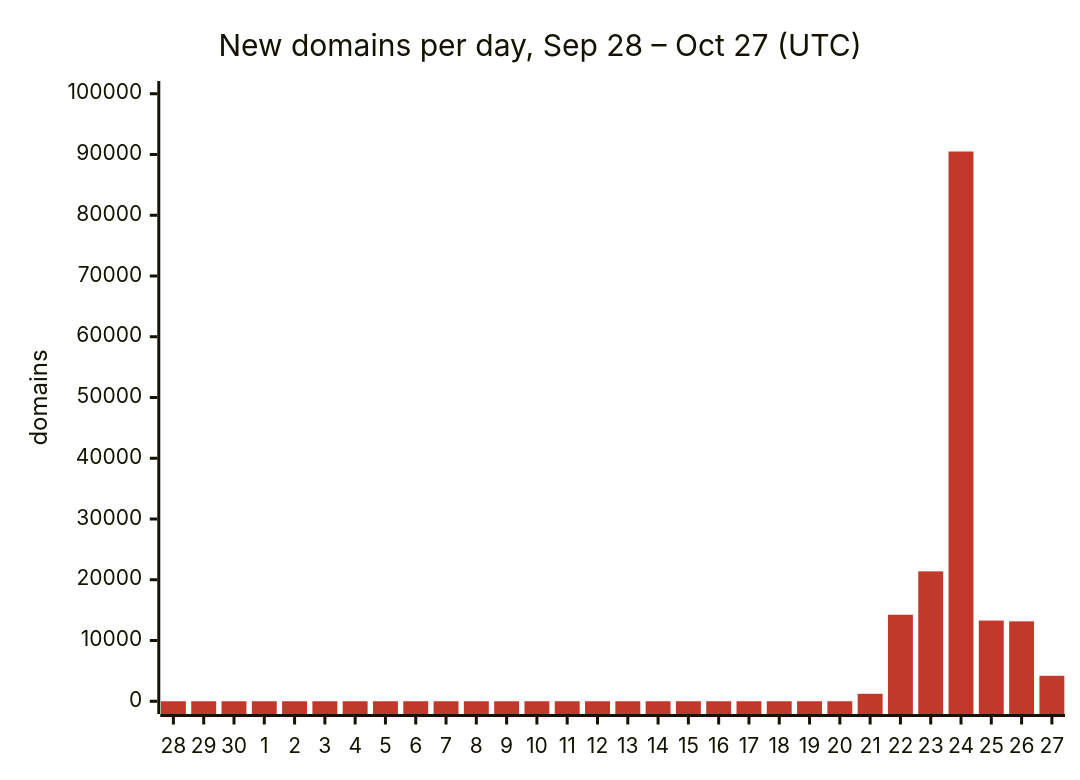
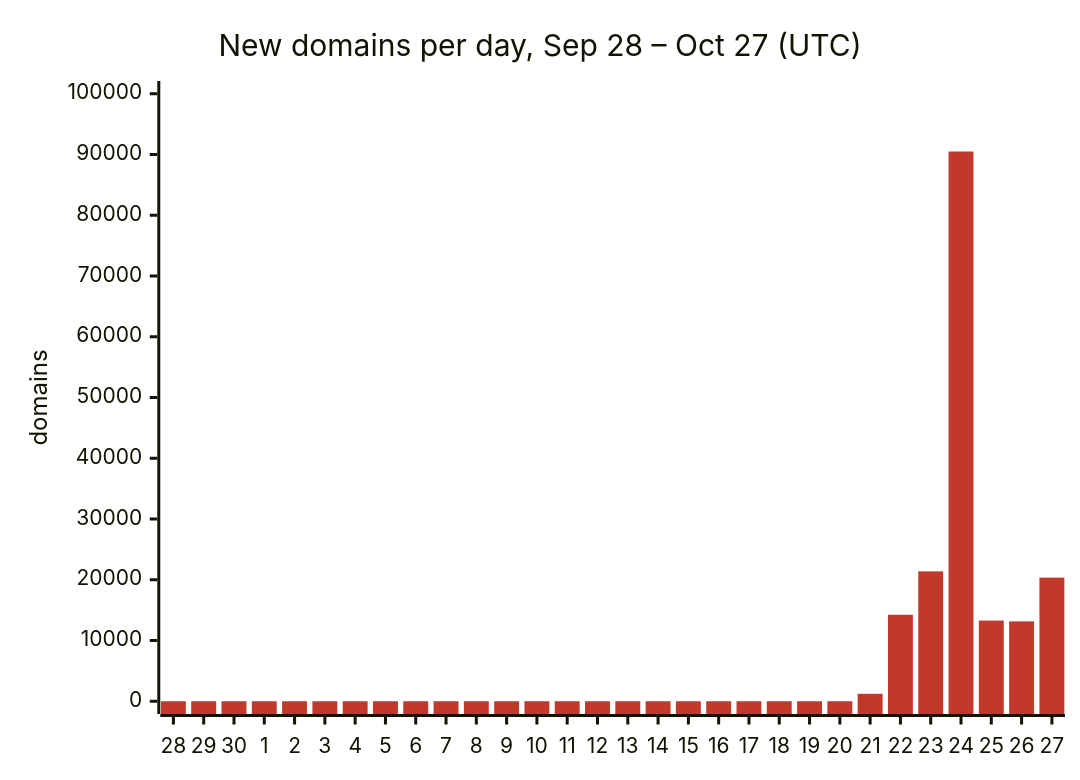
One commit to DNSBunker/CTI changed the first of 3 diagrams in README.md. Above: the diagram before and after it, drawn with Mermaid. The commit also changed other lines of this file and 3 other files, not shown here.

````diff
--- a/README.md
+++ b/README.md
@@ -29,8 +29,8 @@
 ```mermaid
 %%{init: {"themeVariables": {"xyChart": {"plotColorPalette": "#c0392b"}}}}%%
 xychart-beta
     title "New domains per day, Sep 28 – Oct 27 (UTC)"
     x-axis ["28", "29", "30", "1", "2", "3", "4", "5", "6", "7", "8", "9", "10", "11", "12", "13", "14", "15", "16", "17", "18", "19", "20", "21", "22", "23", "24", "25", "26", "27"]
     y-axis "domains" 0 --> 100000
-    bar [0, 0, 0, 0, 0, 0, 0, 0, 0, 0, 0, 0, 0, 0, 0, 0, 0, 0, 0, 0, 0, 0, 0, 1227, 14240, 21381, 90492, 13281, 13149, 4190]
+    bar [0, 0, 0, 0, 0, 0, 0, 0, 0, 0, 0, 0, 0, 0, 0, 0, 0, 0, 0, 0, 0, 0, 0, 1227, 14240, 21381, 90492, 13281, 13149, 20347]
 ```
````
